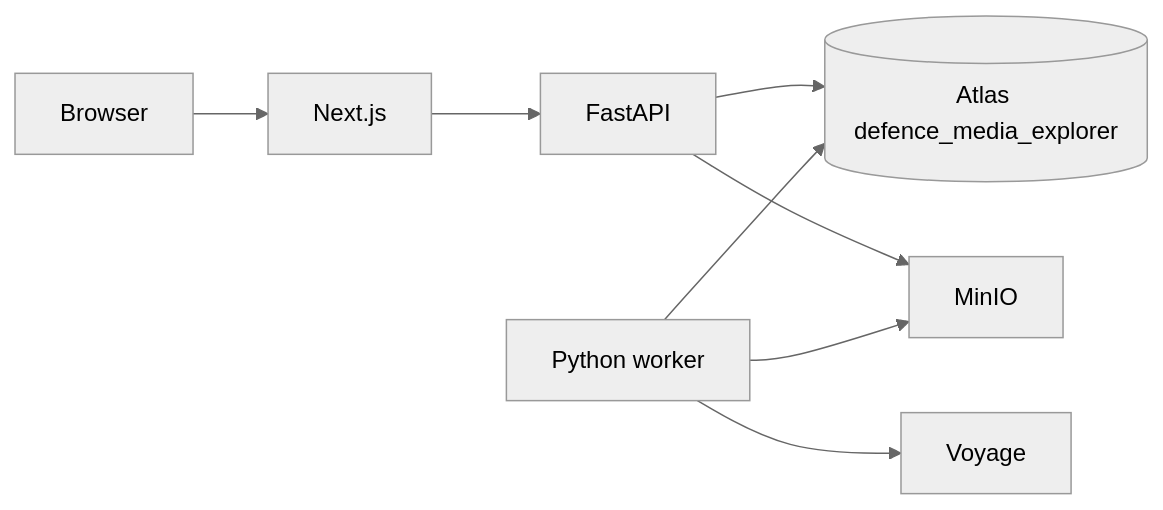
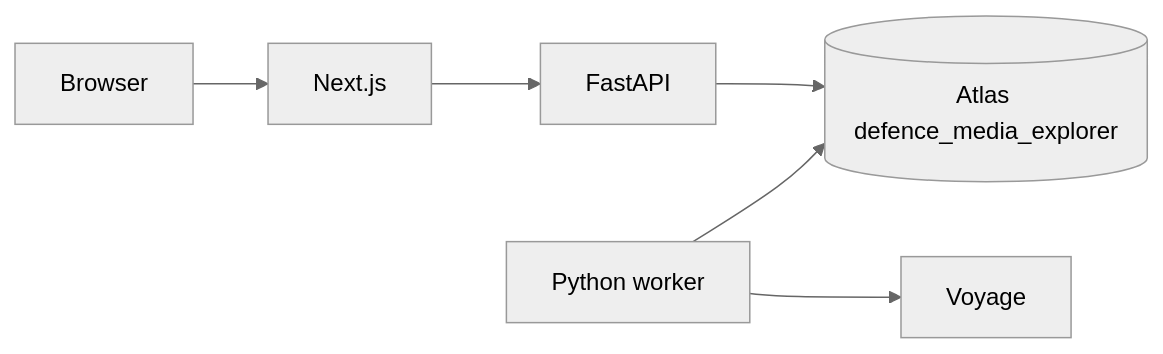
The diagram in defence-media-explorer/docs/architecture.md (arcanalab-project/AI), drawn with Mermaid (neutral theme) before and after one commit. The commit also changed other lines of this file and 47 other files, not shown here.

````diff
--- a/defence-media-explorer/docs/architecture.md
+++ b/defence-media-explorer/docs/architecture.md
@@ -5,16 +5,13 @@
 ```mermaid
 flowchart LR
   browser[Browser]
   web[Next.js]
   api[FastAPI]
   worker[Python worker]
   atlas[(Atlas defence_media_explorer)]
-  minio[MinIO]
   voyage[Voyage]
   browser --> web --> api
   api --> atlas
-  api --> minio
   worker --> atlas
-  worker --> minio
   worker --> voyage
 ```
````
